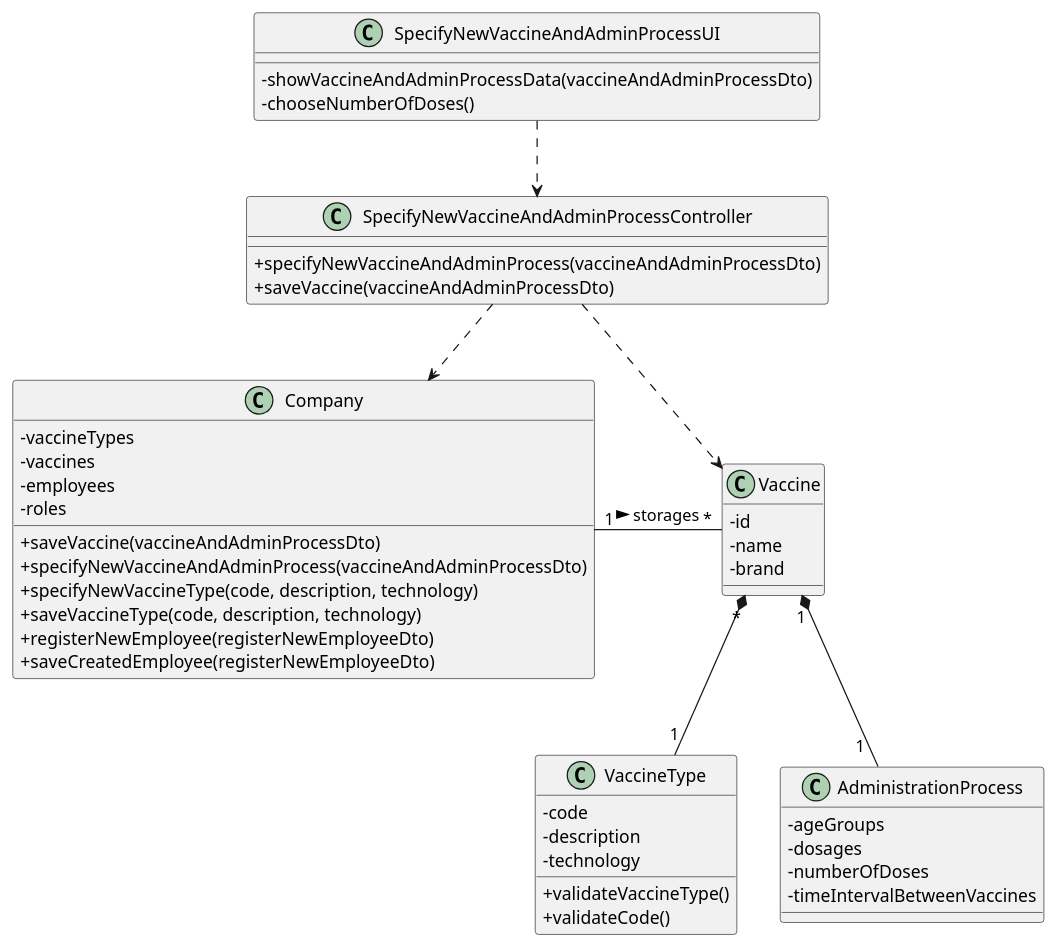
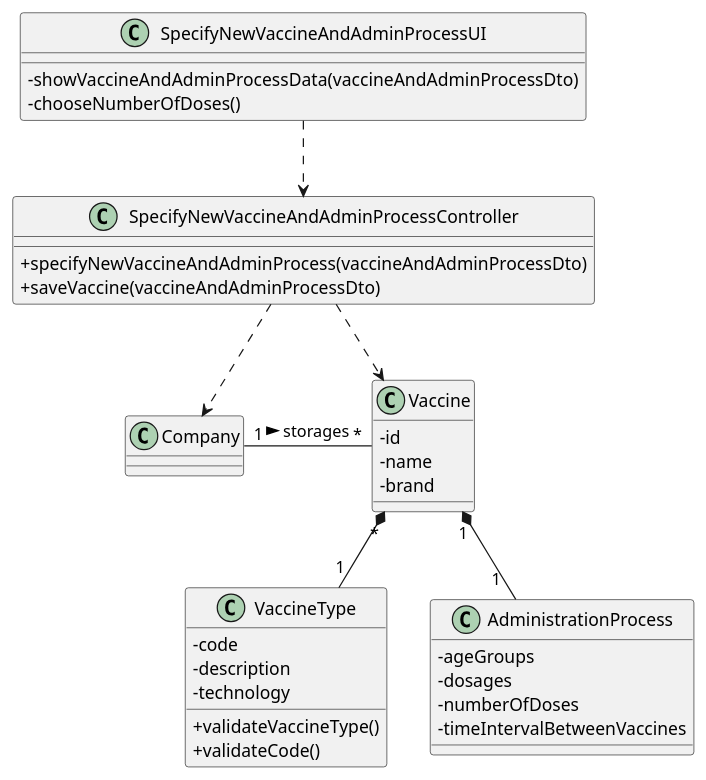
Before and after one commit to Pirussa/lei-22-s2-1da-g02: the diagram in docs/SprintB/US013/US013_CD.puml, drawn with PlantUML. The commit also changed 1 other file, not shown here.

```diff
--- a/docs/SprintB/US013/US013_CD.puml
+++ b/docs/SprintB/US013/US013_CD.puml
@@ -1,57 +1,44 @@
 @startuml
 skinparam classAttributeIconSize 0
 
 class SpecifyNewVaccineAndAdminProcessUI {
 -showVaccineAndAdminProcessData(vaccineAndAdminProcessDto)
 -chooseNumberOfDoses()
 }
 
 class SpecifyNewVaccineAndAdminProcessController {
 +specifyNewVaccineAndAdminProcess(vaccineAndAdminProcessDto)
 +saveVaccine(vaccineAndAdminProcessDto)
-}
-
-class Company {
--vaccineTypes
--vaccines
--employees
--roles
-+saveVaccine(vaccineAndAdminProcessDto)
-+specifyNewVaccineAndAdminProcess(vaccineAndAdminProcessDto)
-+specifyNewVaccineType(code, description, technology)
-+saveVaccineType(code, description, technology)
-+registerNewEmployee(registerNewEmployeeDto)
-+saveCreatedEmployee(registerNewEmployeeDto)
 }
 
 class Vaccine{
 -id
 -name
 -brand
 
 }
 class VaccineType {
 -code
 -description
 -technology
 +validateVaccineType()
 +validateCode()
 }
 
 class AdministrationProcess {
 -ageGroups
 -dosages
 -numberOfDoses
 -timeIntervalBetweenVaccines
 
 }
 
 SpecifyNewVaccineAndAdminProcessUI ..> SpecifyNewVaccineAndAdminProcessController
 SpecifyNewVaccineAndAdminProcessController ..> Company
 Company "1" - "*" Vaccine : storages >
 SpecifyNewVaccineAndAdminProcessController ..> Vaccine
 Vaccine "*" *-- "1" VaccineType
 Vaccine "1" *-- "1  " AdministrationProcess
 
 
 @enduml
```
